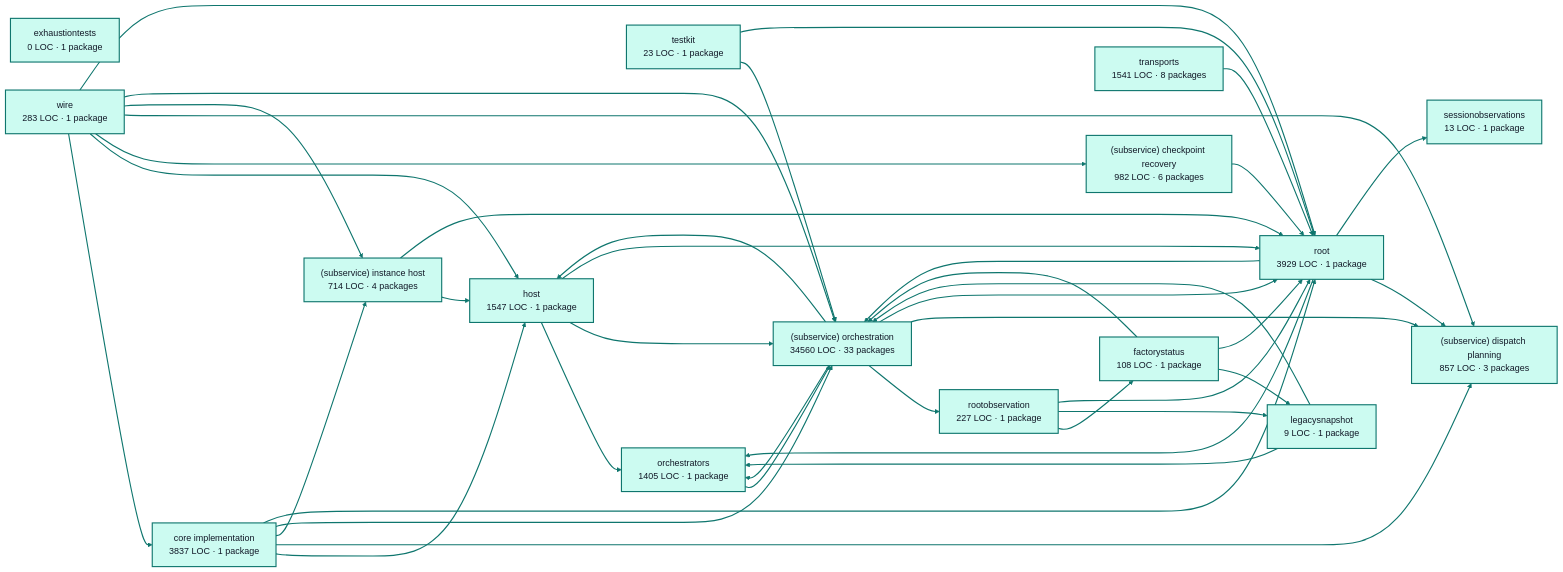
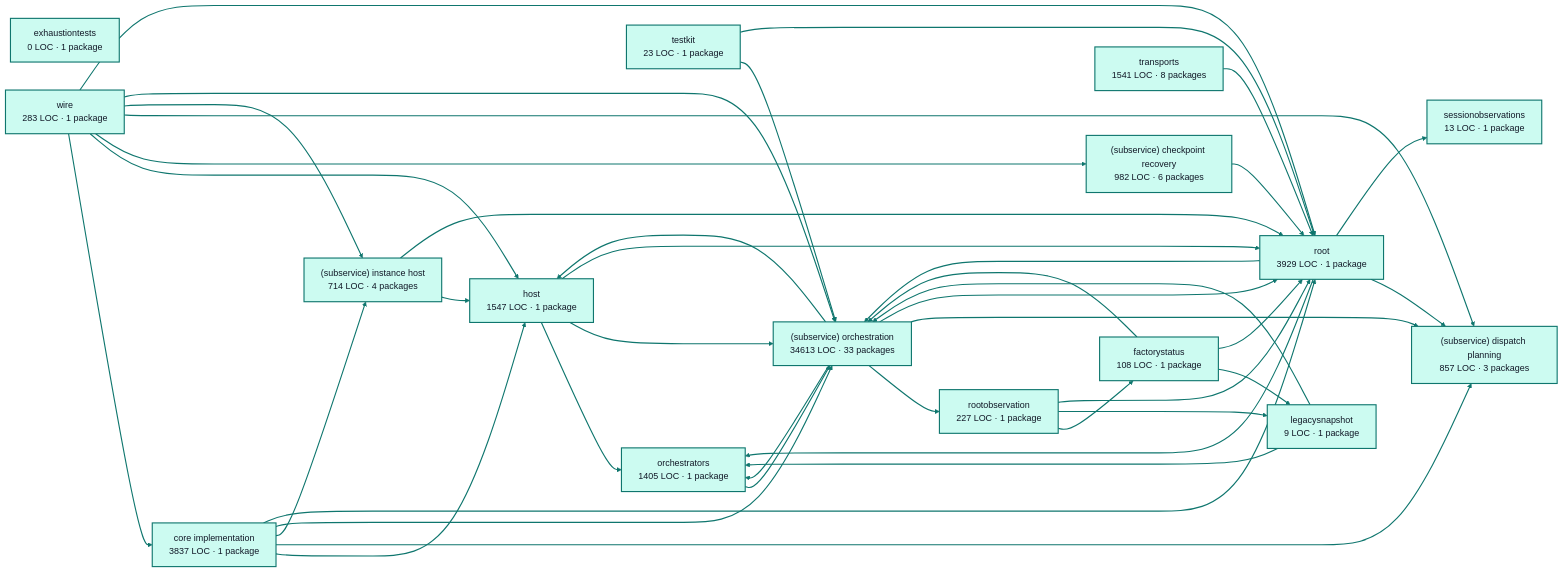
The diagram in docs/architecture/visualizations/services/factory_runtime.md (portpowered/you-agent-factory), drawn with Mermaid before and after one commit. The commit also changed other lines of this file and 20 other files, not shown here.

Commit message:
docs: refresh backend architecture visualizations

````diff
--- a/docs/architecture/visualizations/services/factory_runtime.md
+++ b/docs/architecture/visualizations/services/factory_runtime.md
@@ -11,75 +11,75 @@
 ```mermaid
 flowchart LR
   p0["core implementation<br/>3837 LOC · 1 package"]
   p1["exhaustiontests<br/>0 LOC · 1 package"]
   p2["factorystatus<br/>108 LOC · 1 package"]
   p3["host<br/>1547 LOC · 1 package"]
   p4["legacysnapshot<br/>9 LOC · 1 package"]
   p5["orchestrators<br/>1405 LOC · 1 package"]
   p6["rootobservation<br/>227 LOC · 1 package"]
   p7["(subservice) checkpoint recovery<br/>982 LOC · 6 packages"]
   p8["(subservice) dispatch planning<br/>857 LOC · 3 packages"]
   p9["(subservice) instance host<br/>714 LOC · 4 packages"]
-  p10["(subservice) orchestration<br/>34560 LOC · 33 packages"]
+  p10["(subservice) orchestration<br/>34613 LOC · 33 packages"]
   p11["sessionobservations<br/>13 LOC · 1 package"]
   p12["testkit<br/>23 LOC · 1 package"]
   p13["root<br/>3929 LOC · 1 package"]
   p14["transports<br/>1541 LOC · 8 packages"]
   p15["wire<br/>283 LOC · 1 package"]
   p0 --> p3
   p0 --> p8
   p0 --> p9
   p0 --> p10
   p0 --> p13
   p2 --> p4
   p2 --> p10
   p2 --> p13
   p3 --> p5
   p3 --> p10
   p3 --> p13
   p4 --> p5
   p4 --> p10
   p5 --> p10
   p6 --> p2
   p6 --> p4
   p6 --> p13
   p7 --> p13
   p9 --> p3
   p9 --> p13
   p10 --> p3
   p10 --> p5
   p10 --> p6
   p10 --> p8
   p10 --> p13
   p12 --> p10
   p12 --> p13
   p13 --> p5
   p13 --> p8
   p13 --> p10
   p13 --> p11
   p14 --> p13
   p15 --> p0
   p15 --> p3
   p15 --> p7
   p15 --> p8
   p15 --> p9
   p15 --> p10
   p15 --> p13
   style p0 fill:#ccfbf1,stroke:#0f766e,stroke-width:2px,color:#111827
   style p1 fill:#ccfbf1,stroke:#0f766e,stroke-width:2px,color:#111827
   style p2 fill:#ccfbf1,stroke:#0f766e,stroke-width:2px,color:#111827
   style p3 fill:#ccfbf1,stroke:#0f766e,stroke-width:2px,color:#111827
   style p4 fill:#ccfbf1,stroke:#0f766e,stroke-width:2px,color:#111827
   style p5 fill:#ccfbf1,stroke:#0f766e,stroke-width:2px,color:#111827
   style p6 fill:#ccfbf1,stroke:#0f766e,stroke-width:2px,color:#111827
   style p7 fill:#ccfbf1,stroke:#0f766e,stroke-width:2px,color:#111827
   style p8 fill:#ccfbf1,stroke:#0f766e,stroke-width:2px,color:#111827
   style p9 fill:#ccfbf1,stroke:#0f766e,stroke-width:2px,color:#111827
   style p10 fill:#ccfbf1,stroke:#0f766e,stroke-width:2px,color:#111827
   style p11 fill:#ccfbf1,stroke:#0f766e,stroke-width:2px,color:#111827
   style p12 fill:#ccfbf1,stroke:#0f766e,stroke-width:2px,color:#111827
   style p13 fill:#ccfbf1,stroke:#0f766e,stroke-width:2px,color:#111827
   style p14 fill:#ccfbf1,stroke:#0f766e,stroke-width:2px,color:#111827
   style p15 fill:#ccfbf1,stroke:#0f766e,stroke-width:2px,color:#111827
   linkStyle default stroke:#0f766e,stroke-width:2px
 ```
````
